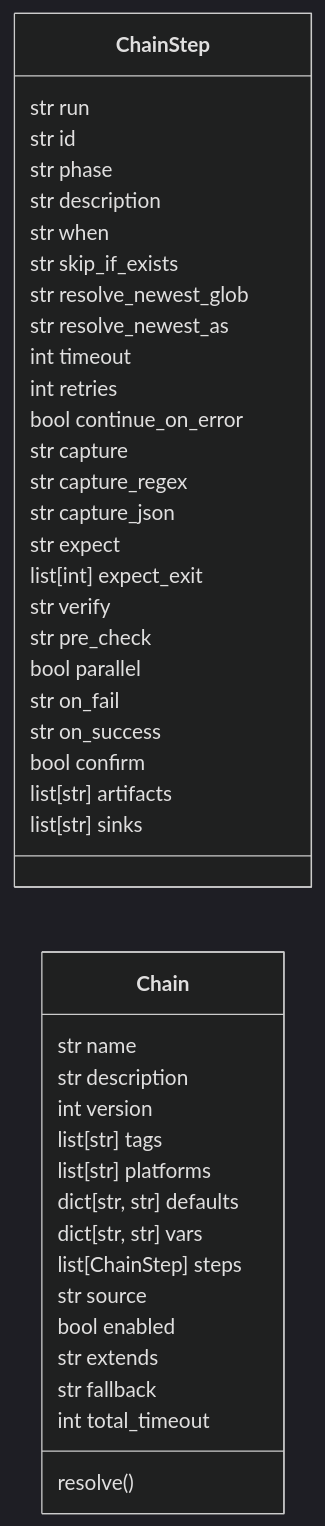
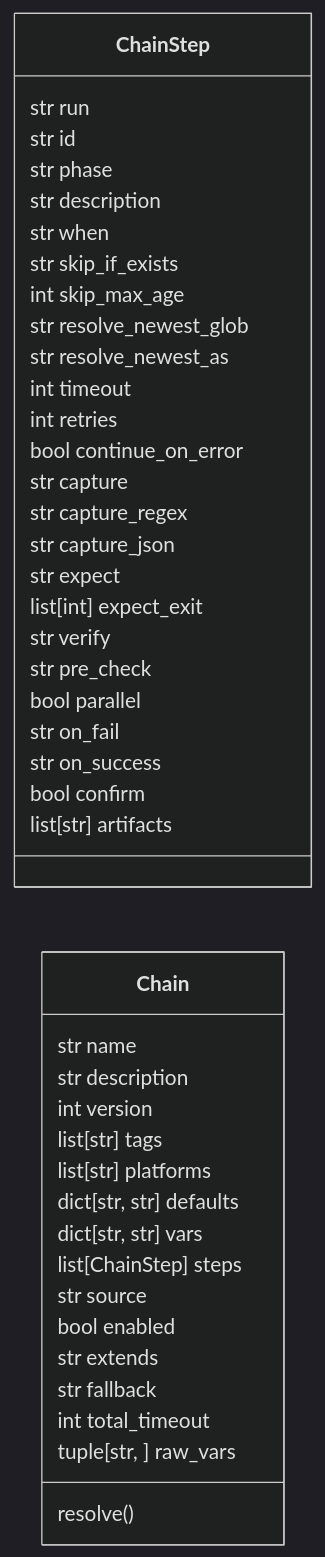
Before and after one commit to grisuno/LazyOwn: the first of 2 diagrams in readmenator-apidocs/modules/modules.chain_registry.py.md, drawn with Mermaid (dark theme). The commit also changed other lines of this file and 415 other files, not shown here.

````diff
--- a/readmenator-apidocs/modules/modules.chain_registry.py.md
+++ b/readmenator-apidocs/modules/modules.chain_registry.py.md
@@ -26,44 +26,45 @@
 ```mermaid
 classDiagram
     direction LR
     class ChainStep
     ChainStep : str run
     ChainStep : str id
     ChainStep : str phase
     ChainStep : str description
     ChainStep : str when
     ChainStep : str skip_if_exists
+    ChainStep : int skip_max_age
     ChainStep : str resolve_newest_glob
     ChainStep : str resolve_newest_as
     ChainStep : int timeout
     ChainStep : int retries
     ChainStep : bool continue_on_error
     ChainStep : str capture
     ChainStep : str capture_regex
     ChainStep : str capture_json
     ChainStep : str expect
     ChainStep : list[int] expect_exit
     ChainStep : str verify
     ChainStep : str pre_check
     ChainStep : bool parallel
     ChainStep : str on_fail
     ChainStep : str on_success
     ChainStep : bool confirm
     ChainStep : list[str] artifacts
-    ChainStep : list[str] sinks
     class Chain
     Chain : str name
     Chain : str description
     Chain : int version
     Chain : list[str] tags
     Chain : list[str] platforms
     Chain : dict[str, str] defaults
     Chain : dict[str, str] vars
     Chain : list[ChainStep] steps
     Chain : str source
     Chain : bool enabled
     Chain : str extends
     Chain : str fallback
     Chain : int total_timeout
+    Chain : tuple[str, ] raw_vars
     Chain : resolve()
 ```
````
